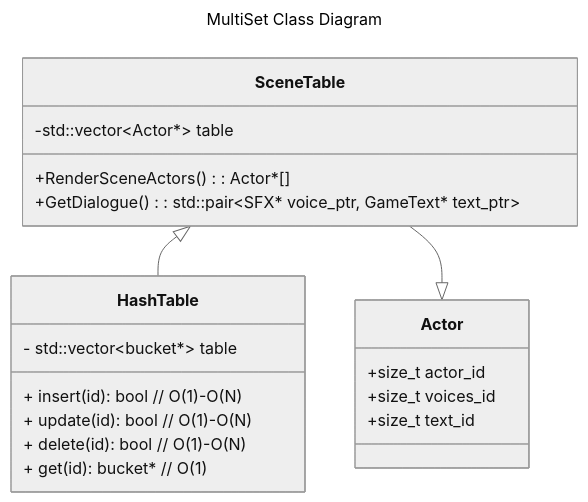
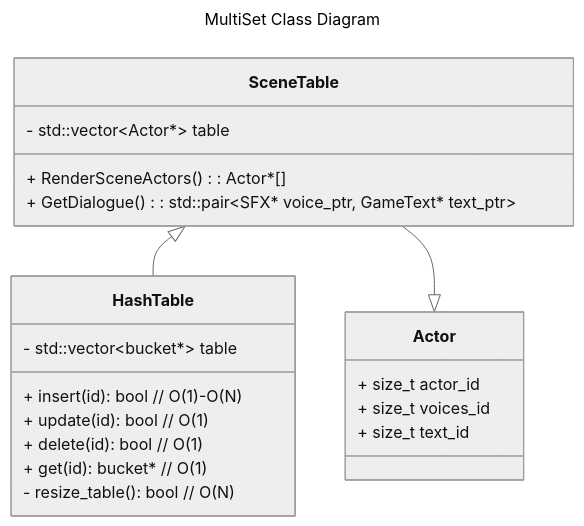
Before and after one commit to WSU-janderson/project6-multiset-design-GrantBenR: the first of 2 diagrams in DESIGN.md, drawn with Mermaid (neutral theme). The commit also changed other lines of this file, not shown here.

Commit message:
12_5 - updated class diagrams, intro, citations

````diff
--- a/DESIGN.md
+++ b/DESIGN.md
@@ -121,25 +121,26 @@
 ```mermaid
 ---
 title: MultiSet Class Diagram
 ---
 classDiagram
     SceneTable <|-- HashTable
     SceneTable --|> Actor
     class SceneTable{
-        -std::vector&lt;Actor*&gt table
-        +RenderSceneActors(): Actor*[]
-        +GetDialogue(): std::pair&lt;SFX* voice_ptr, GameText* text_ptr&gt
+        - std::vector&lt;Actor*&gt table
+        + RenderSceneActors(): Actor*[]
+        + GetDialogue(): std::pair&lt;SFX* voice_ptr, GameText* text_ptr&gt
     }
     class Actor{
-        +size_t actor_id
-        +size_t voices_id
-        +size_t text_id
+        + size_t actor_id
+        + size_t voices_id
+        + size_t text_id
     }
     class HashTable{
         - std::vector&lt;bucket*&gt table
         + insert(id): bool // O(1)-O(N)
-        + update(id): bool // O(1)-O(N)
-        + delete(id): bool // O(1)-O(N)
+        + update(id): bool // O(1)
+        + delete(id): bool // O(1)
         + get(id): bucket* // O(1)
+        - resize_table(): bool // O(N)
     }
 ```
````
